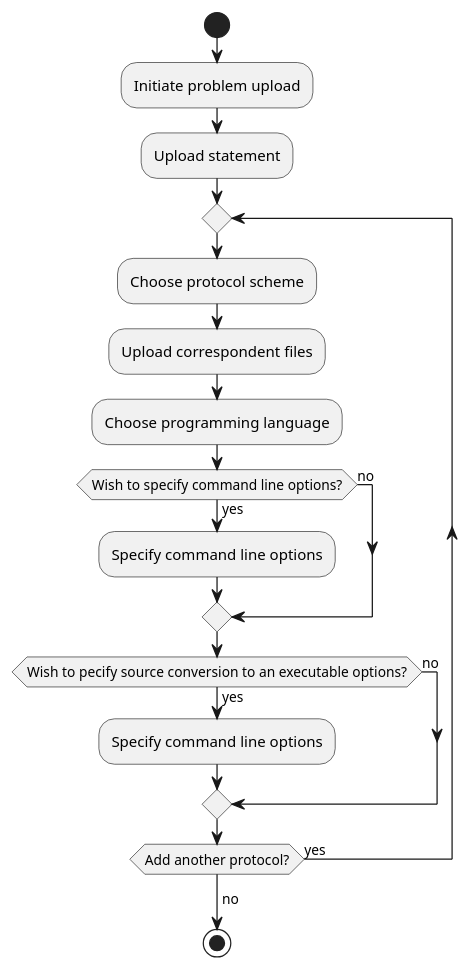
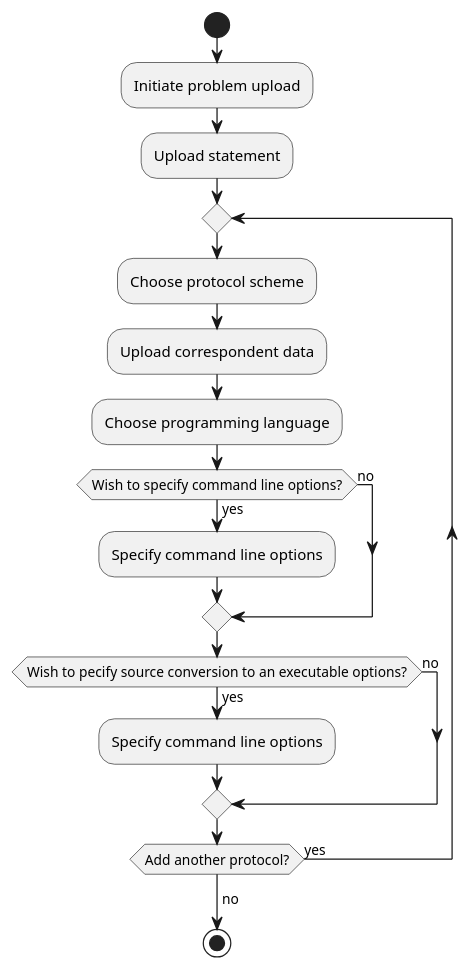
One commit to IgorZhiltsoff/TPy_project changed the diagram in Interface/CmdLineIF/UploadProblemAsTeacher/Activity_UploadProblemAsTeacher.puml. Above: the diagram before and after it, drawn with PlantUML. The commit also changed 17 other files, not shown here.

```diff
--- a/Interface/CmdLineIF/UploadProblemAsTeacher/Activity_UploadProblemAsTeacher.puml
+++ b/Interface/CmdLineIF/UploadProblemAsTeacher/Activity_UploadProblemAsTeacher.puml
@@ -1,23 +1,23 @@
 @startuml
 'https://plantuml.com/activity-diagram-beta
 
 start
 :Initiate problem upload;
 :Upload statement;
 repeat
 :Choose protocol scheme;
-:Upload correspondent files;
+:Upload correspondent data;
 :Choose programming language;
 if (Wish to specify command line options?) then (yes)
     :Specify command line options;
 else (no)
 endif
 if (Wish to pecify source conversion to an executable options?) then (yes)
     :Specify command line options;
 else (no)
 endif
 repeat while (Add another protocol?) is (yes)
 ->no;
 stop
 
 @enduml
```
